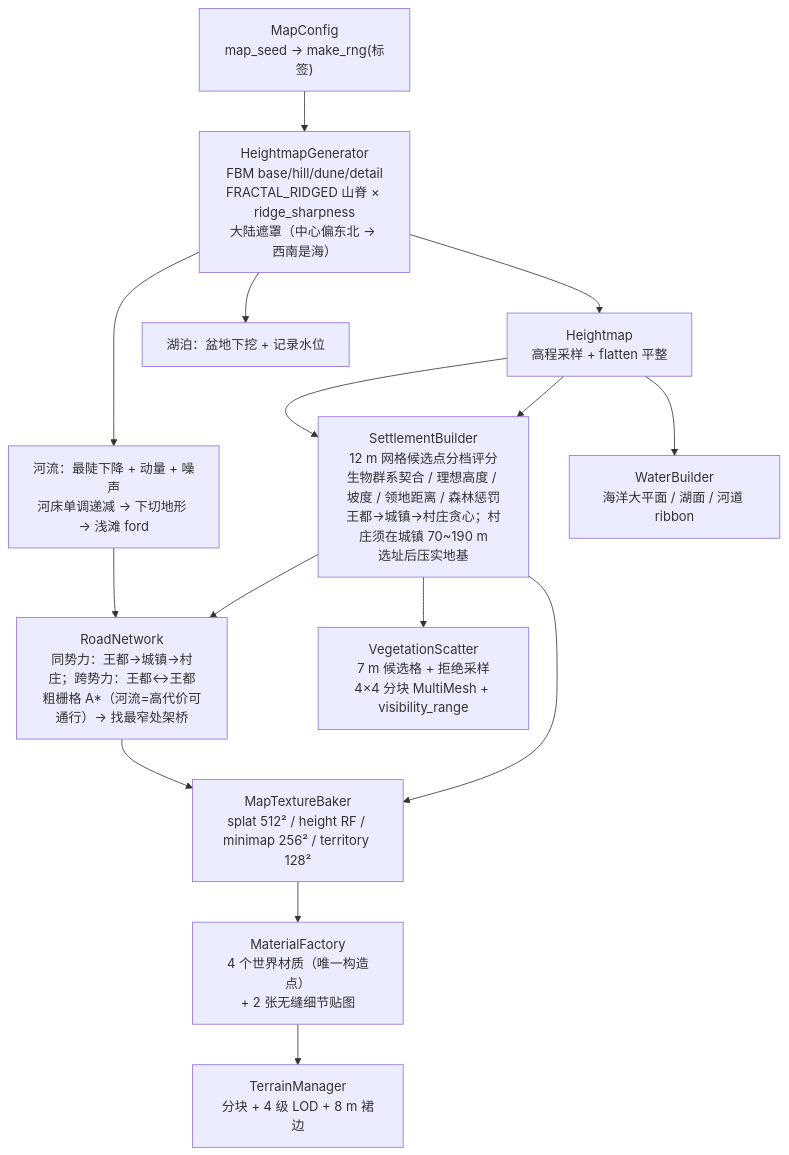
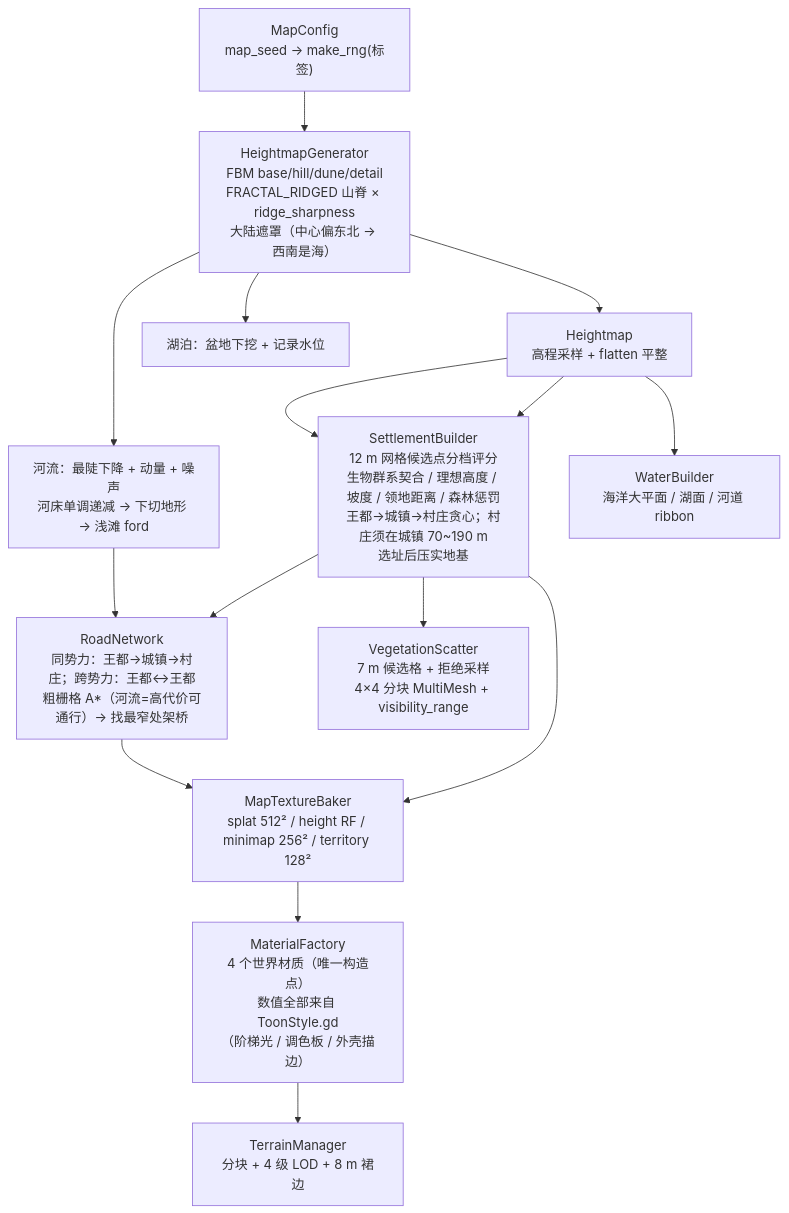
Before and after one commit to BitToNet/ai_godot_projects: the tenth of 16 diagrams in docs/ARCHITECTURE.md, drawn with Mermaid. The commit also changed other lines of this file and 20 other files, not shown here.

First line of the commit message:
﻿art: 全盘迁移到 NPR 微缩手办画风（阶梯光 / 外壳描边 / 平涂调色板 / 硬阴影）

````diff
--- a/docs/ARCHITECTURE.md
+++ b/docs/ARCHITECTURE.md
@@ -615,18 +615,18 @@
 ```mermaid
 flowchart TB
     CFG["MapConfig<br/>map_seed → make_rng(标签)"]
     CFG --> HG["HeightmapGenerator<br/>FBM base/hill/dune/detail<br/>FRACTAL_RIDGED 山脊 × ridge_sharpness<br/>大陆遮罩（中心偏东北 → 西南是海）"]
     HG --> HM["Heightmap<br/>高程采样 + flatten 平整"]
     HG --> LAKE["湖泊：盆地下挖 + 记录水位"]
     HG --> RIVER["河流：最陡下降 + 动量 + 噪声<br/>河床单调递减 → 下切地形 → 浅滩 ford"]
     HM --> SB["SettlementBuilder<br/>12 m 网格候选点分档评分<br/>生物群系契合 / 理想高度 / 坡度 / 领地距离 / 森林惩罚<br/>王都→城镇→村庄贪心；村庄须在城镇 70~190 m<br/>选址后压实地基"]
     SB --> RN["RoadNetwork<br/>同势力：王都→城镇→村庄；跨势力：王都↔王都<br/>粗栅格 A*（河流=高代价可通行）→ 找最窄处架桥"]
     HM --> SB
     RIVER --> RN
     SB --> AP["MapTextureBaker<br/>splat 512² / height RF / minimap 256² / territory 128²"]
     RN --> AP
-    AP --> MF["MaterialFactory<br/>4 个世界材质（唯一构造点）<br/>+ 2 张无缝细节贴图"]
+    AP --> MF["MaterialFactory<br/>4 个世界材质（唯一构造点）<br/>数值全部来自 ToonStyle.gd<br/>（阶梯光 / 调色板 / 外壳描边）"]
     MF --> TM["TerrainManager<br/>分块 + 4 级 LOD + 8 m 裙边"]
     HM --> WB["WaterBuilder<br/>海洋大平面 / 湖面 / 河道 ribbon"]
     SB --> VG["VegetationScatter<br/>7 m 候选格 + 拒绝采样<br/>4×4 分块 MultiMesh + visibility_range"]
 ```
````
